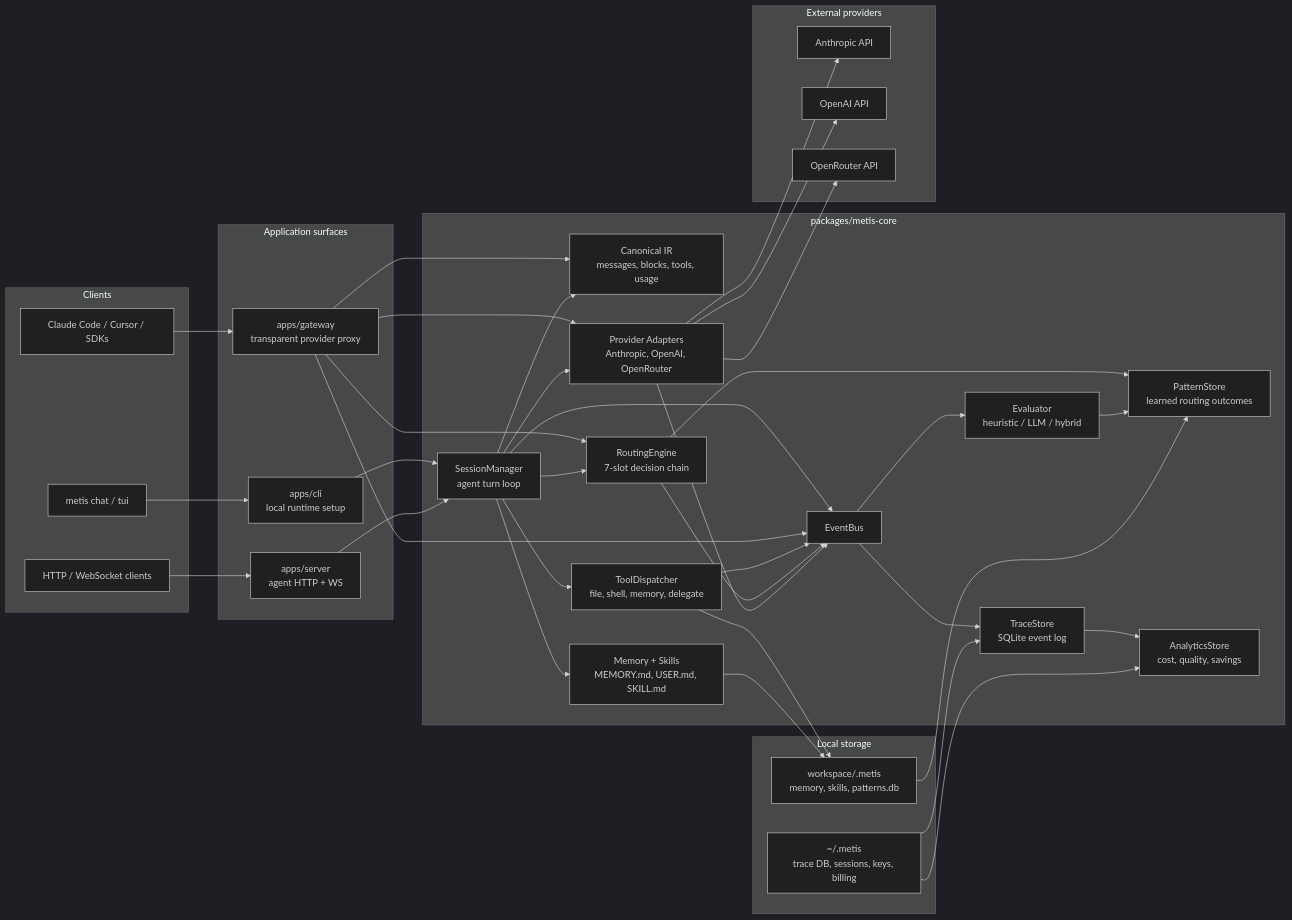
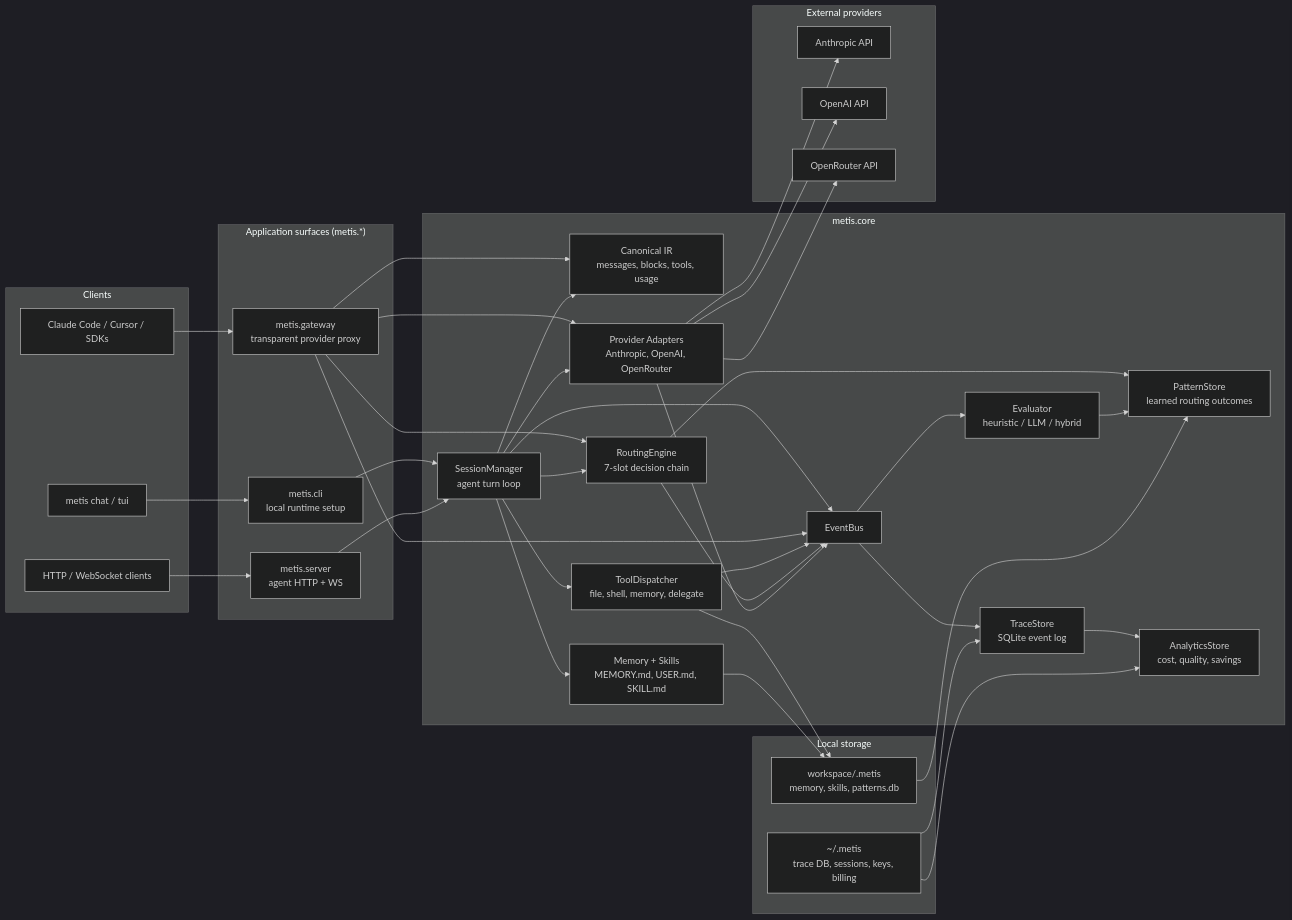
One commit to david-2814/metis changed the diagram in README.md. Above: the diagram before and after it, drawn with Mermaid (dark theme). The commit also changed other lines of this file and 549 other files, not shown here.

First line of the commit message:
Consolidate four packages into single `metis` package (#19)

````diff
--- a/README.md
+++ b/README.md
@@ -170,78 +170,78 @@
 ```mermaid
 flowchart LR
   subgraph Clients
     CLI["metis chat / tui"]
     HTTP["HTTP / WebSocket clients"]
     SDK["Claude Code / Cursor / SDKs"]
   end
 
-  subgraph Apps["Application surfaces"]
-    CLIApp["apps/cli<br/>local runtime setup"]
-    Server["apps/server<br/>agent HTTP + WS"]
-    Gateway["apps/gateway<br/>transparent provider proxy"]
+  subgraph Apps["Application surfaces (metis.*)"]
+    CLIApp["metis.cli<br/>local runtime setup"]
+    Server["metis.server<br/>agent HTTP + WS"]
+    Gateway["metis.gateway<br/>transparent provider proxy"]
   end
 
-  subgraph Core["packages/metis-core"]
+  subgraph Core["metis.core"]
     Canonical["Canonical IR<br/>messages, blocks, tools, usage"]
     Sessions["SessionManager<br/>agent turn loop"]
     Routing["RoutingEngine<br/>7-slot decision chain"]
     Tools["ToolDispatcher<br/>file, shell, memory, delegate"]
     Memory["Memory + Skills<br/>MEMORY.md, USER.md, SKILL.md"]
     Adapters["Provider Adapters<br/>Anthropic, OpenAI, OpenRouter"]
     Bus["EventBus"]
     Trace["TraceStore<br/>SQLite event log"]
     Eval["Evaluator<br/>heuristic / LLM / hybrid"]
     Patterns["PatternStore<br/>learned routing outcomes"]
     Analytics["AnalyticsStore<br/>cost, quality, savings"]
   end
 
   subgraph Storage["Local storage"]
     Workspace["workspace/.metis<br/>memory, skills, patterns.db"]
     Home["~/.metis<br/>trace DB, sessions, keys, billing"]
   end
 
   subgraph Providers["External providers"]
     Anthropic["Anthropic API"]
     OpenAI["OpenAI API"]
     OpenRouter["OpenRouter API"]
   end
 
   CLI --> CLIApp
   HTTP --> Server
   SDK --> Gateway
 
   CLIApp --> Sessions
   Server --> Sessions
 
   Gateway --> Canonical
   Gateway --> Routing
   Gateway --> Adapters
 
   Sessions --> Canonical
   Sessions --> Routing
   Sessions --> Tools
   Sessions --> Memory
   Sessions --> Adapters
 
   Routing --> Patterns
   Tools --> Workspace
   Memory --> Workspace
 
   Adapters --> Anthropic
   Adapters --> OpenAI
   Adapters --> OpenRouter
 
   Sessions --> Bus
   Gateway --> Bus
   Tools --> Bus
   Routing --> Bus
   Adapters --> Bus
 
   Bus --> Trace
   Bus --> Eval
   Eval --> Patterns
   Trace --> Analytics
   Workspace --> Patterns
   Home --> Trace
   Home --> Analytics
 ```
````
